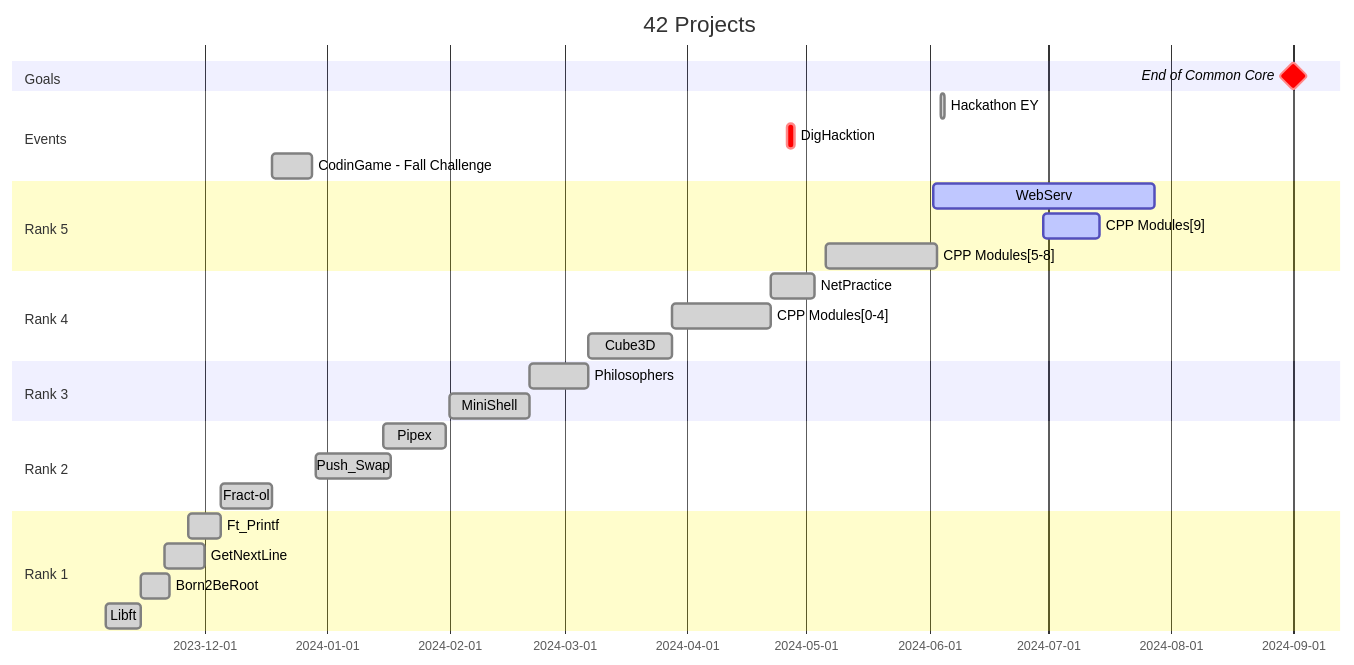
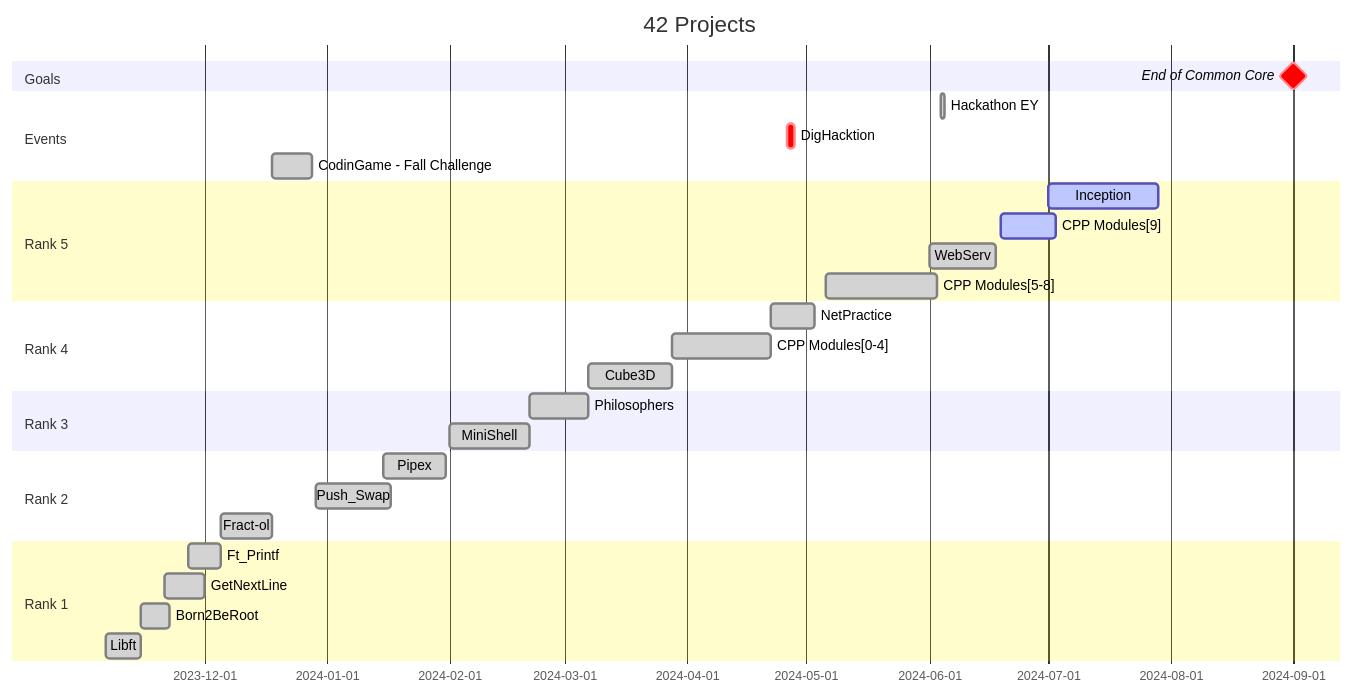
One commit to Tablerase/42_Projects changed the diagram in README.md. Above: the diagram before and after it, drawn with Mermaid. The commit also changed 1 other file, not shown here.

Commit message:
docs: update dates of projects and planning

````diff
--- a/README.md
+++ b/README.md
@@ -70,38 +70,39 @@
 ```mermaid
 gantt
     title 42 Projects
     dateFormat  YYYY-MM-DD
 
     section Goals
     End of Common Core : milestone, crit, m1, 2024-09-01, 1m
 
     section Events
     Hackathon EY : done, 2024-06-04, 2024-06-05
     DigHacktion : crit, 2024-04-26, 2024-04-28
     CodinGame - Fall Challenge : done, 2023-12-18, 2023-12-28
 
     section Rank 5
-    WebServ : active, 2024-06-02, 8w
-    CPP Modules[9] : active, 2024-06-30, 2w
+    Inception : active, 2024-07-01, 4w
+    CPP Modules[9] : active, 2024-06-19, 2w
+    WebServ : done, 2024-06-01, 2024-06-18
     CPP Modules[5-8] : done, 2024-05-06, 4w
 
     section Rank 4
     NetPractice : done, 2024-04-22, 2024-05-03
     CPP Modules[0-4] : done, 2024-03-28, 2024-04-22
     Cube3D :done, 2024-03-07, 2024-03-28
   
     section Rank 3
     Philosophers :done, 2024-02-21, 2024-03-07
     MiniShell :done, 2024-02-01, 2024-02-21
 
     section Rank 2
     Pipex :done, 2024-01-15, 2024-01-31
     Push_Swap :done, 2023-12-29, 2024-01-17
     Fract-ol :done, 2023-12-05, 2023-12-18
 
     section Rank 1
     Ft_Printf :done, 2023-11-27, 2023-12-05
     GetNextLine :done, 2023-11-21, 2023-12-01
     Born2BeRoot :done, 2023-11-15, 2023-11-22
     Libft :done, 2023-11-06, 2023-11-15
 ```
````
